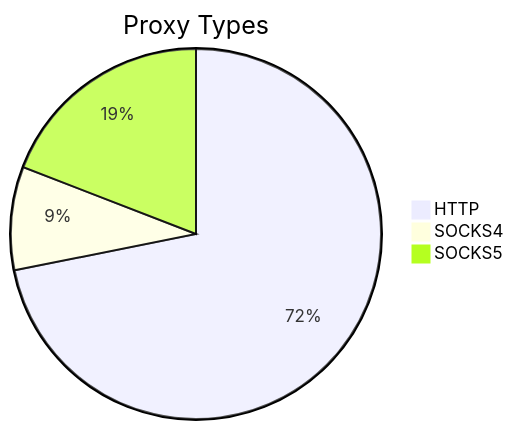
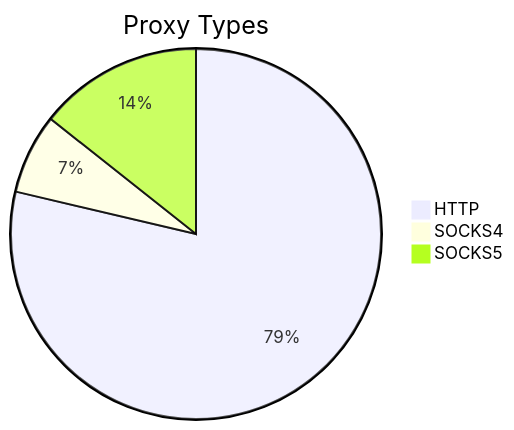
The first of 2 diagrams in README.md (stormsia/proxy-list), drawn with Mermaid before and after one commit. The commit also changed other lines of this file, not shown here.

````diff
--- a/README.md
+++ b/README.md
@@ -21,6 +21,6 @@
 ```mermaid
 pie title Proxy Types
-    "HTTP" : 263
-    "SOCKS4" : 33
-    "SOCKS5" : 70
+    "HTTP" : 417
+    "SOCKS4" : 37
+    "SOCKS5" : 76
 ```
````
